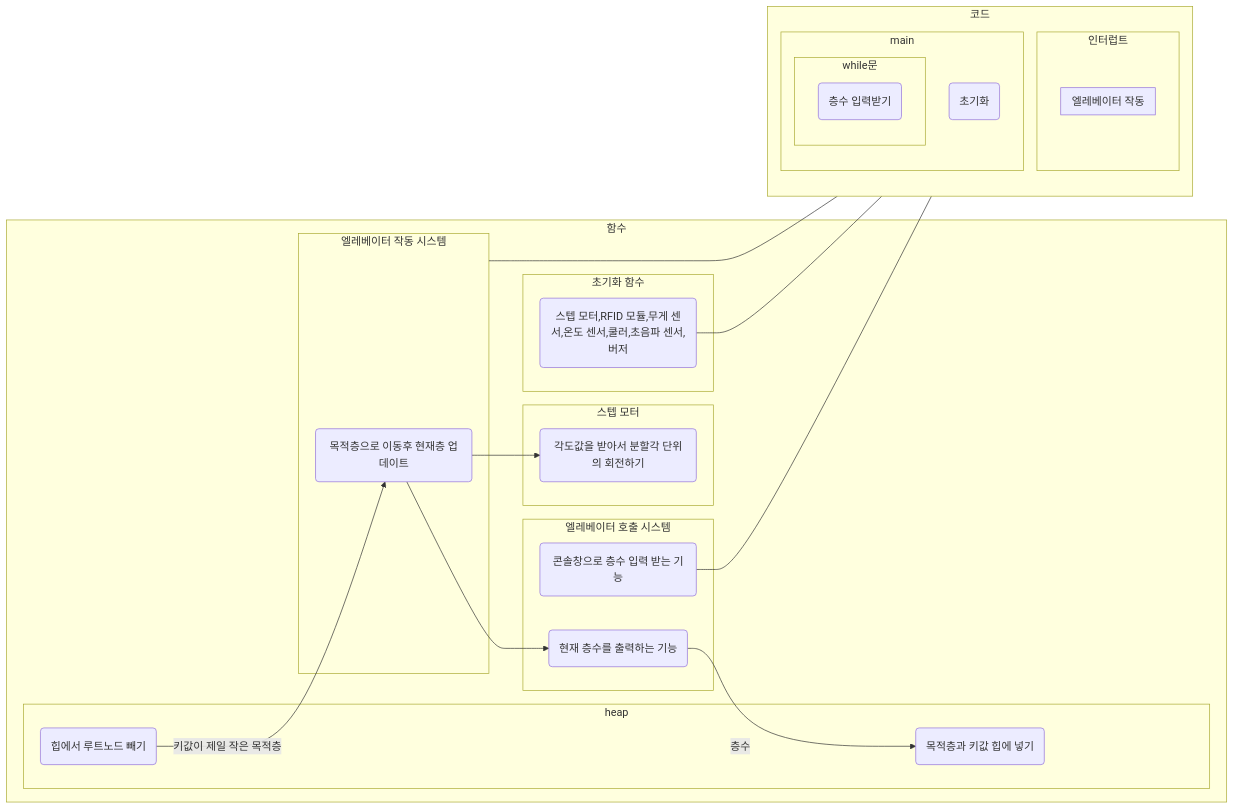
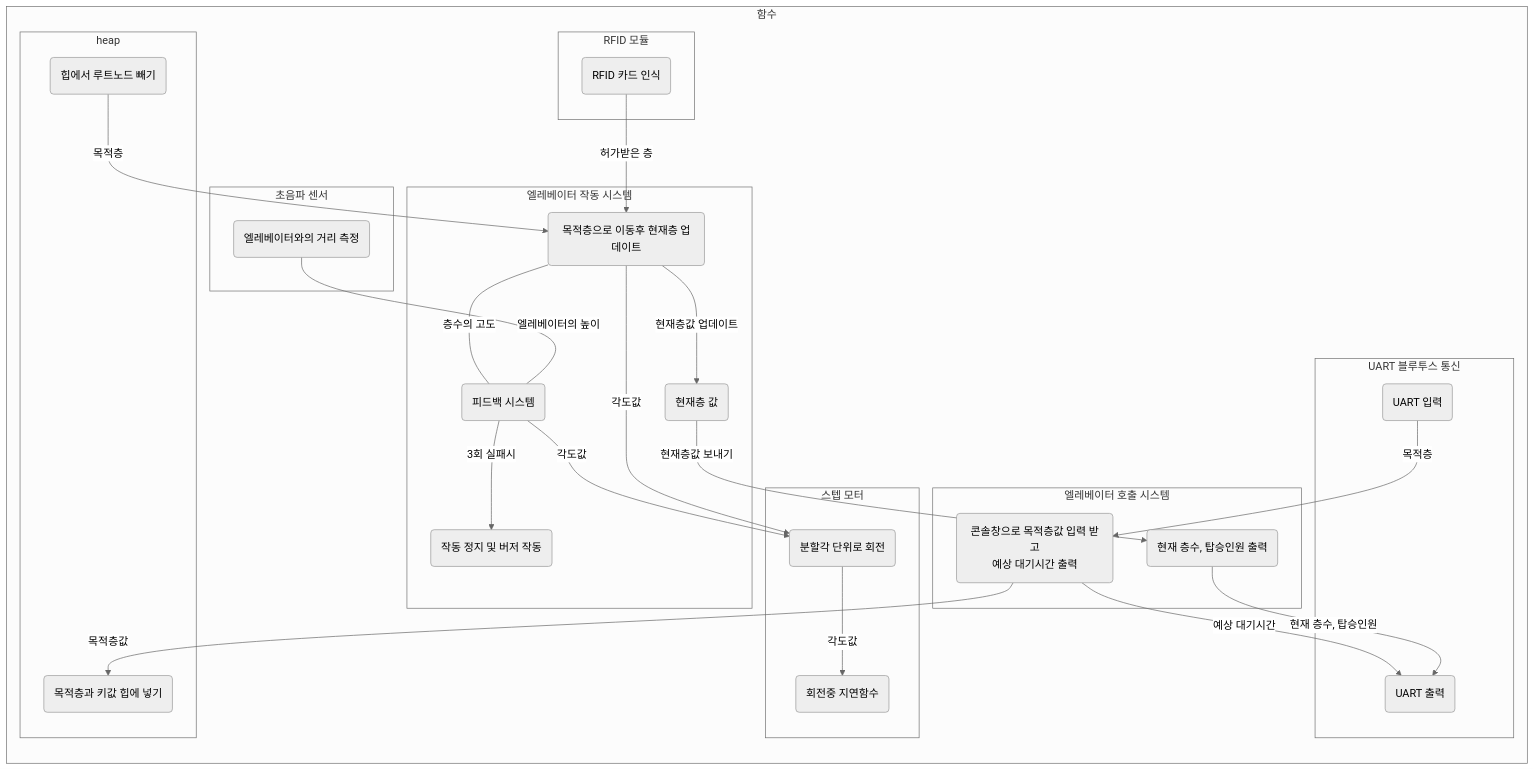
One commit to MiiKiyoshi/smart_elevator-stm32f7676 changed the first of 2 diagrams in description/구상도.md. Above: the diagram before and after it, drawn with Mermaid.

Commit message:
구상도 수정

````diff
--- a/description/구상도.md
+++ b/description/구상도.md
@@ -1,16 +1,28 @@
 ```mermaid
+%%{init: {'theme':'neutral'}}%%
 flowchart LR
 	%%-----------------box-----------------%%
 	subgraph 함수
-		subgraph G[초기화 함수]
-			G_a(스텝 모터,RFID 모듈,무게 센서,온도 센서,쿨러,초음파 센서,버저)
-		end
+		subgraph I[UART 블루투스 통신]
+			I_a(UART 입력)
+			I_b(UART 출력)
+		end	
+		subgraph H[RFID 모듈]
+			H_a(RFID 카드 인식)
+		end	
+		subgraph G[초음파 센서]
+			G_a(엘레베이터와의 거리 측정)
+		end	
 		subgraph F[스텝 모터]
-			F_a(각도값을 받아서 분할각 단위의 회전하기)
+			F_a(분할각 단위로 회전)
+			F_b(회전중 지연함수)
 		end
 	
 		subgraph E[엘레베이터 작동 시스템]
-			E_a(목적층으로 이동후 현재층 업데이트)
+			E_a(현재층 값)
+			E_b(목적층으로 이동후 현재층 업데이트)
+			E_c(피드백 시스템)
+			E_d(작동 정지 및 버저 작동)
 		end
 	
 		subgraph D[heap]
@@ -19,46 +31,53 @@
 		end
 	
 		subgraph C[엘레베이터 호출 시스템]
-			C_a(콘솔창으로 층수 입력 받는 기능)
-			C_b(현재 층수를 출력하는 기능)
+			C_a(콘솔창으로 목적층값 입력 받고\n예상 대기시간 출력)
+			C_b(현재 층수, 탑승인원 출력)
 		end
 	end
 	
-	subgraph 코드
-	subgraph A[인터럽트]
-			subgraph A_A[엘레베이터 작동]
-			end
-		end
-		direction TB
-		subgraph B[main]
-				B_a(초기화)
-			subgraph B_B[while문]
-				B_B_a(층수 입력받기)
-			end
-   	 end
-	end
 	
 	%%-----------------link-----------------%%
 	
 	%%층수 입력 받아서 힙에 넣기%%
-	C_b -->|층수| D_a 
+	C_a -->|목적층값| D_a 
 	
 	%%현재층값 출력%%
-	E_a --> C_b 
+	E_b -->|현재층값 업데이트| E_a
+    
+    %%현재층값 이동%%
+    E_a -->|현재층값 보내기| C_b
 	
 	%%힙에서 목적층 빼서 이동%%
-	D_b -->|키값이 제일 작은 목적층| E_a
-	
-	%%층수 입력 받기%%
-	C_a --- B_B_a
-	
-	%%엘레베이터 작동 시스템%%
-	E --- A_A
+	D_b -->|목적층| E_b
 	
 	%%엘레베이터와 스텝모터%%
-	E_a --> F_a
+	E_b -->|각도값| F_a
 	
-	%%초기화%%
-	G_a --- B_a
+	%%초음파센서로 엘레베이터 도착 확인%%
+	G_a ---|엘레베이터의 높이| E_c
 	
+	%%피드백 시스템%%
+	E_b ---|층수의 고도| E_c 
+	
+	%%RFID 모듈%%
+	H_a -->|허가받은 층| E_b
+	
+	%%작동 정지 및 버저 작동%%
+	E_c -->|3회 실패시| E_d
+	
+	%%목적층 입력%%
+	I_a -->|목적층| C_a
+	
+	%%현재 층수, 탑승인원 출력%%
+	C_b -->|현재 층수, 탑승인원| I_b
+	
+	%%피드백 각도값%%
+	E_c -->|각도값| F_a
+	
+	%%예상 대기시간 출력%%
+	C_a -->|예상 대기시간| I_b
+	
+	%%스텝모터 회전중 지연%%
+	F_a -->|각도값| F_b
 ```
````
